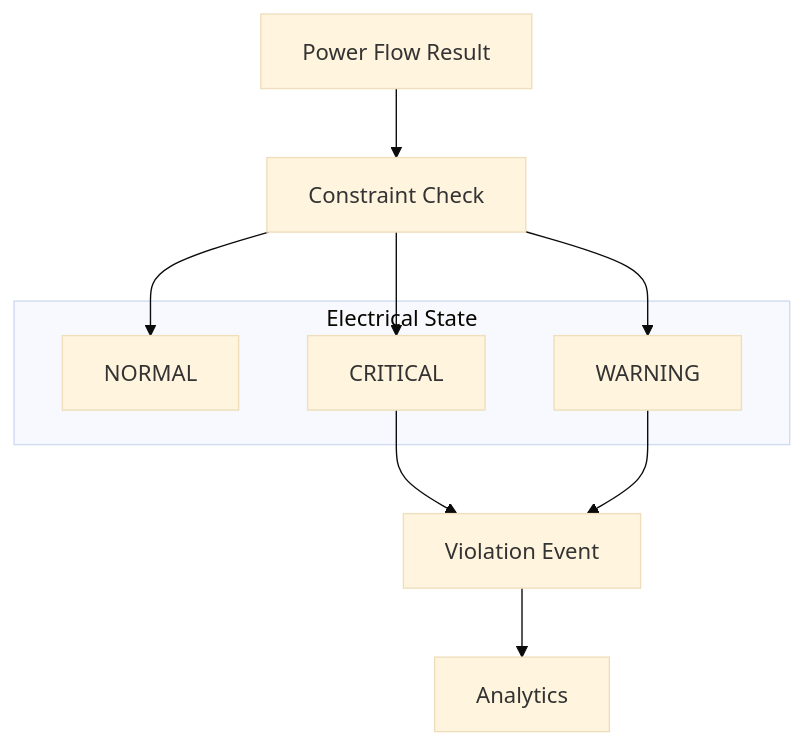
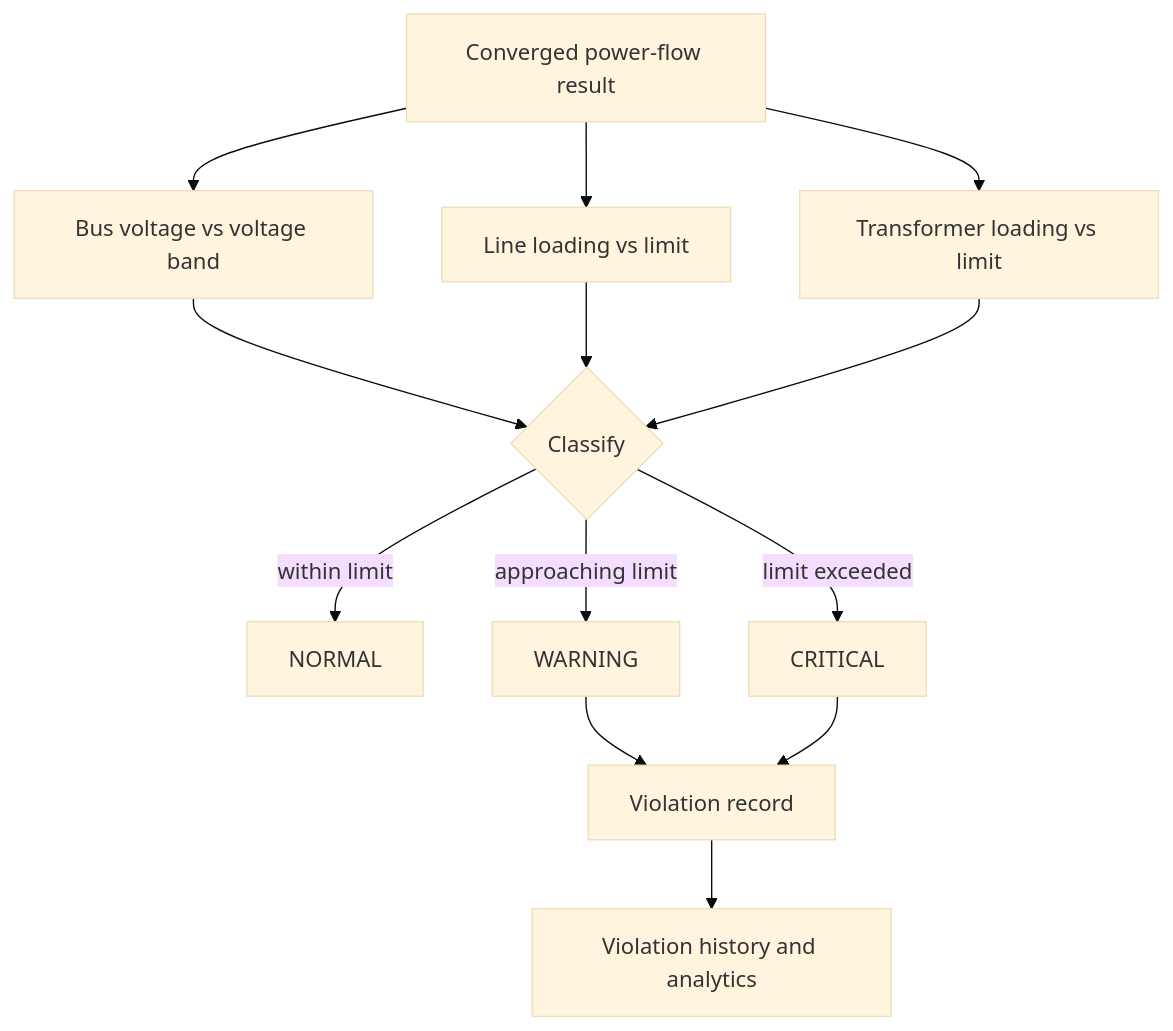
The third of 5 diagrams in README.md (codedbydollys10/GridTwin), drawn with Mermaid (base theme) before and after one commit. The commit also changed other lines of this file, not shown here.

````diff
--- a/README.md
+++ b/README.md
@@ -399,23 +326,15 @@
 ```mermaid
-flowchart TB
-    R["Power Flow Result"]
-    C["Constraint Check"]
-
-    subgraph STATES["Electrical State"]
-        N["NORMAL"]
-        W["WARNING"]
-        CR["CRITICAL"]
-    end
-
-    E["Violation Event"]
-    A["Analytics"]
-
-    R --> C
-    C --> N
-    C --> W
-    C --> CR
-
-    CR --> E
-    W --> E
-    E --> A
+flowchart TD
+    R["Converged power-flow result"] --> V["Bus voltage vs voltage band"]
+    R --> L["Line loading vs limit"]
+    R --> T["Transformer loading vs limit"]
+    V --> S{"Classify"}
+    L --> S
+    T --> S
+    S -->|"within limit"| N["NORMAL"]
+    S -->|"approaching limit"| W["WARNING"]
+    S -->|"limit exceeded"| C["CRITICAL"]
+    W --> E["Violation record"]
+    C --> E
+    E --> AN["Violation history and analytics"]
 ```
````
